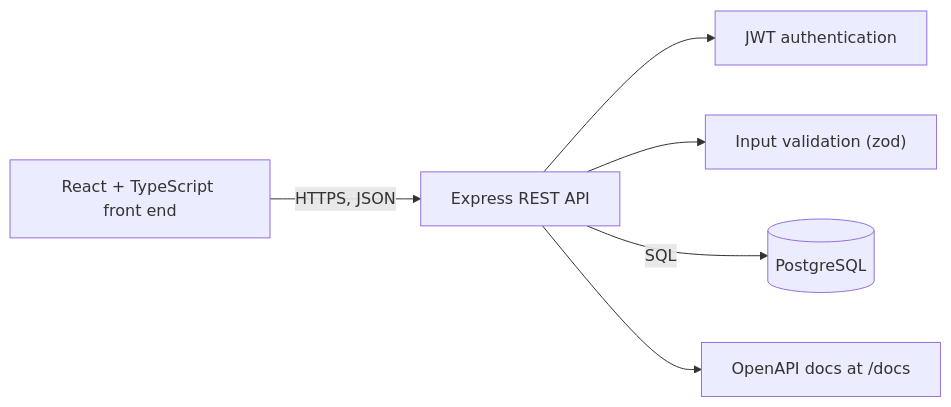
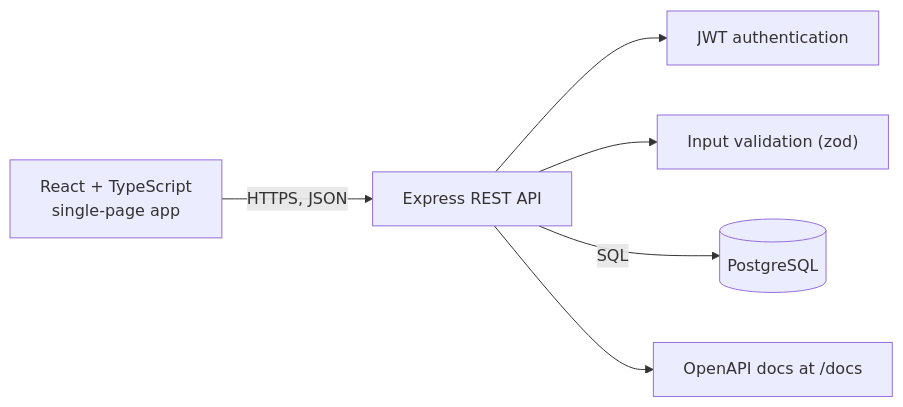
Before and after one commit to zobaydadev/TestTrack-QA-Dashboard: the first of 2 diagrams in README.md, drawn with Mermaid. The commit also changed other lines of this file, not shown here.

Commit message:
Rewrite README: overview, features, diagrams, API, security and roadmap

````diff
--- a/README.md
+++ b/README.md
@@ -9,8 +46,8 @@
 ```mermaid
 flowchart LR
-    Browser["React + TypeScript front end"] -->|HTTPS, JSON| API["Express REST API"]
+    Browser["React + TypeScript<br/>single-page app"] -->|HTTPS, JSON| API["Express REST API"]
     API --> Auth["JWT authentication"]
     API --> Val["Input validation (zod)"]
     API -->|SQL| DB[("PostgreSQL")]
     API --> Docs["OpenAPI docs at /docs"]
 ```
````
